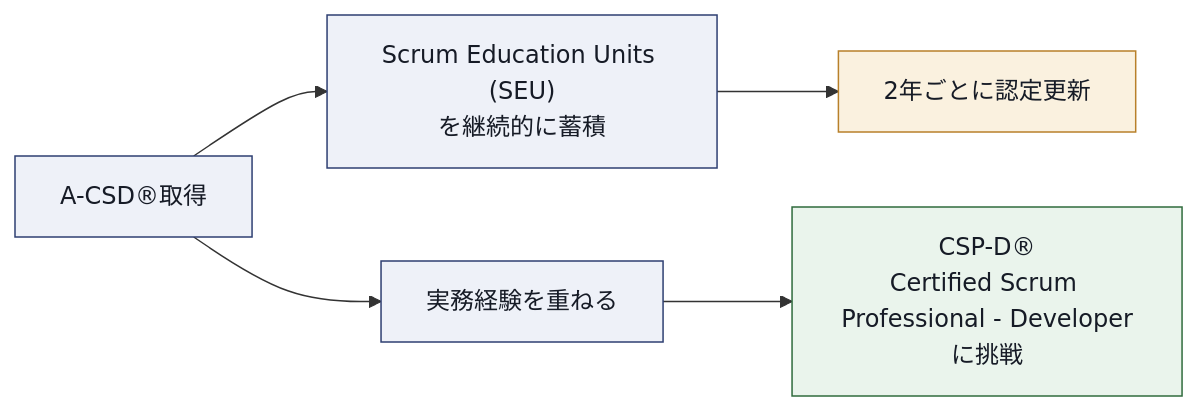
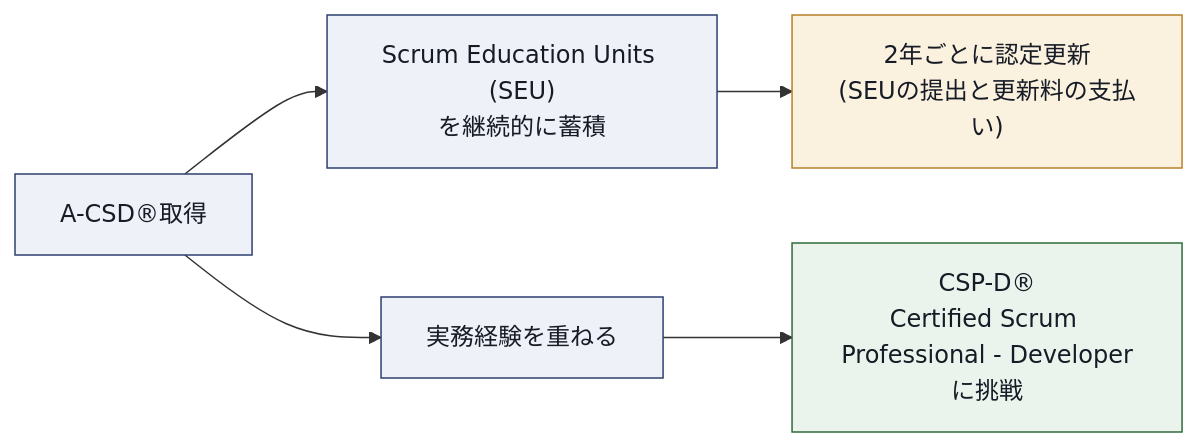
One commit to myoshi2891/Management-Team-Building-Studies changed diagram 16 of 16 in A-csd-advanced-certified-scrum-developer-study-guide.md. Above: the diagram before and after it, drawn with Mermaid. The commit also changed 3 other files, not shown here.

````diff
--- a/A-csd-advanced-certified-scrum-developer-study-guide.md
+++ b/A-csd-advanced-certified-scrum-developer-study-guide.md
@@ -1066,14 +1066,14 @@
 ```mermaid
 flowchart LR
     A["A-CSD®取得"] --> B["Scrum Education Units (SEU)<br/>を継続的に蓄積"]
-    B --> C["2年ごとに認定更新"]
+    B --> C["2年ごとに認定更新<br/>(SEUの提出と更新料の支払い)"]
     A --> D["実務経験を重ねる"]
     D --> E["CSP-D®<br/>Certified Scrum Professional - Developer<br/>に挑戦"]
 
     classDef box fill:#EEF1F8,stroke:#2E3F72,color:#161B26
     classDef hub fill:#FAF1DF,stroke:#B8802A,color:#161B26
     classDef done fill:#EAF4EC,stroke:#2F6B3D,color:#161B26
     class A,B,D box
     class C hub
     class E done
 ```
````
